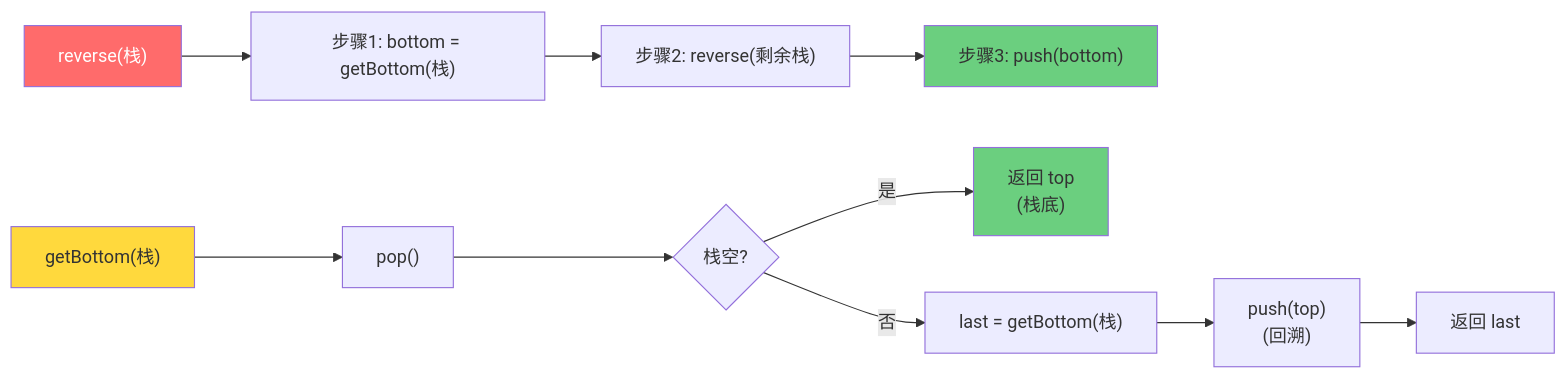
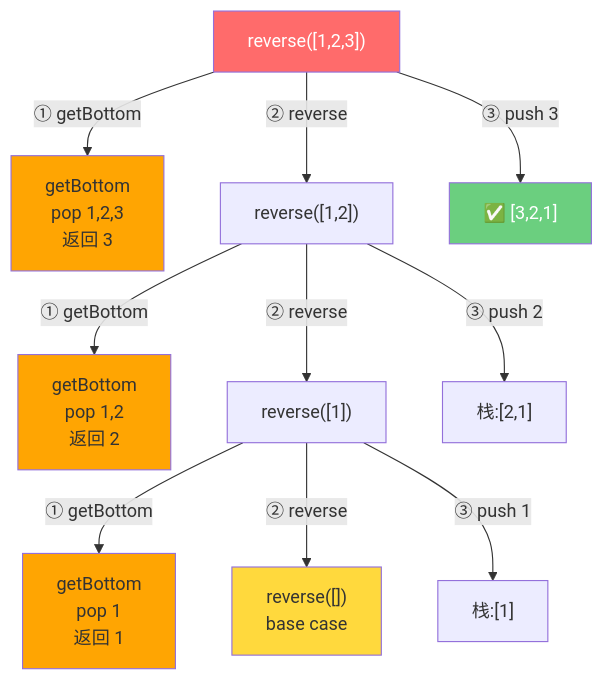
One commit to freeedoooooo/algs changed the diagram in my-notes/01-基础巩固/12-暴力递归到动态规划1-递归尝试/03-逆序一个栈-此题逻辑较难-且偏门-可以先跳过.md. Above: the diagram before and after it, drawn with Mermaid. The commit also changed other lines of this file, not shown here.

````diff
--- a/my-notes/01-基础巩固/12-暴力递归到动态规划1-递归尝试/03-逆序一个栈-此题逻辑较难-且偏门-可以先跳过.md
+++ b/my-notes/01-基础巩固/12-暴力递归到动态规划1-递归尝试/03-逆序一个栈-此题逻辑较难-且偏门-可以先跳过.md
@@ -33,18 +33,21 @@
 ```mermaid
-graph LR
-    A["reverse(栈)"] --> B["步骤1: bottom = getBottom(栈)"]
-    B --> C["步骤2: reverse(剩余栈)"]
-    C --> D["步骤3: push(bottom)"]
+graph TD
+    A["reverse([1,2,3])"] -->|"① getBottom"| B["getBottom<br/>pop 1,2,3<br/>返回 3"]
+    A -->|"② reverse"| C["reverse([1,2])"]
+    A -->|"③ push 3"| D["✅ [3,2,1]"]
     
-    E["getBottom(栈)"] --> F["pop()"]
-    F --> G{"栈空?"}
-    G -->|是| H["返回 top<br/>(栈底)"]
-    G -->|否| I["last = getBottom(栈)"]
-    I --> J["push(top)<br/>(回溯)"]
-    J --> K["返回 last"]
+    C -->|"① getBottom"| E["getBottom<br/>pop 1,2<br/>返回 2"]
+    C -->|"② reverse"| F["reverse([1])"]
+    C -->|"③ push 2"| G["栈:[2,1]"]
+    
+    F -->|"① getBottom"| H["getBottom<br/>pop 1<br/>返回 1"]
+    F -->|"② reverse"| I["reverse([])<br/>base case"]
+    F -->|"③ push 1"| J["栈:[1]"]
     
     style A fill:#ff6b6b,color:#fff
-    style E fill:#ffd93d
-    style H fill:#6bcf7f
-    style D fill:#6bcf7f
+    style D fill:#6bcf7f,color:#fff
+    style B fill:#ffa502
+    style E fill:#ffa502
+    style H fill:#ffa502
+    style I fill:#ffd93d
 ```
````
